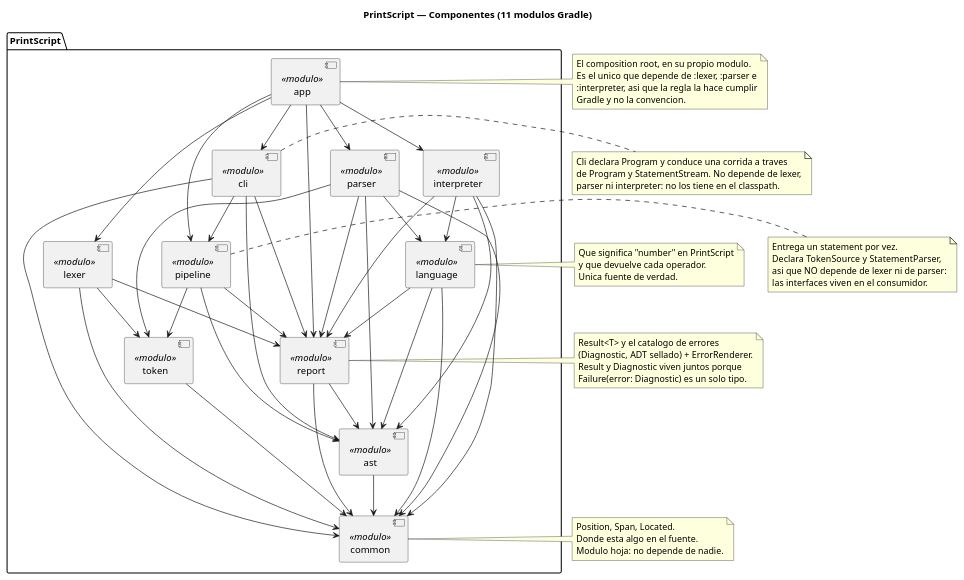
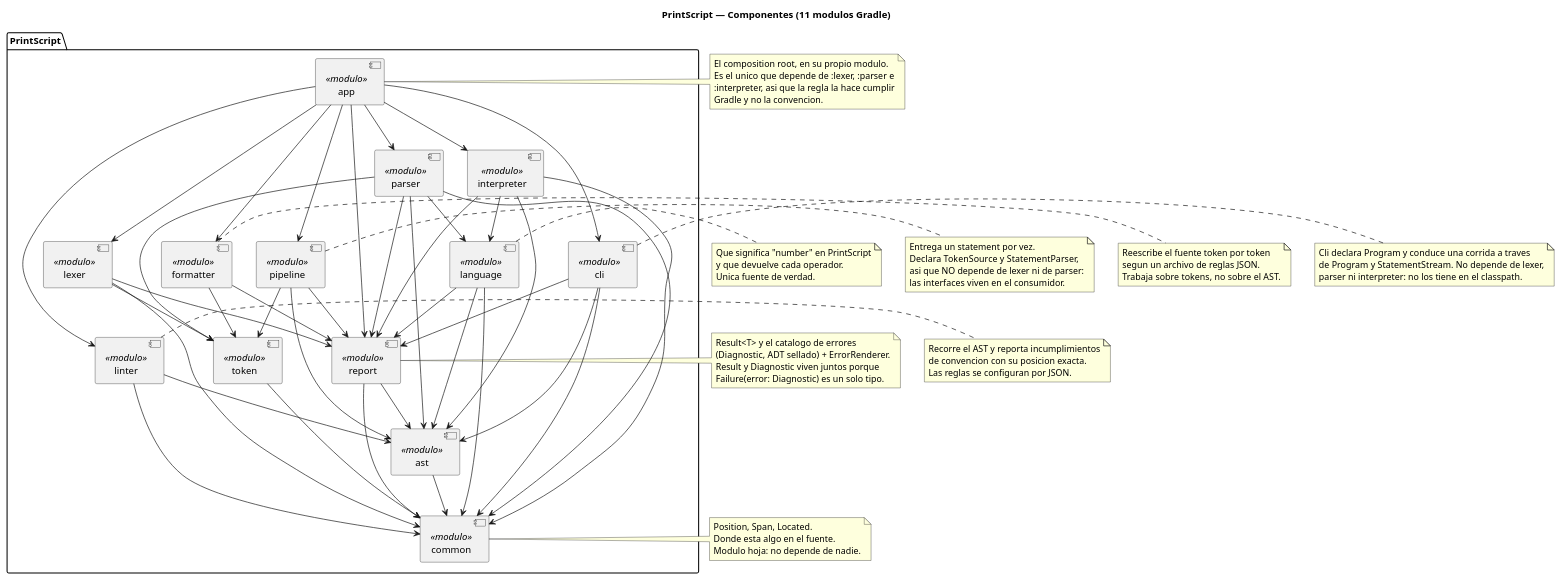
Before and after one commit to Ingsis-BRY/PrintScript: the first of 2 diagrams in docs/architecture-diagram.puml, drawn with PlantUML. The commit also changed other lines of this file and 58 other files, not shown here.

```diff
--- a/docs/architecture-diagram.puml
+++ b/docs/architecture-diagram.puml
@@ -7,99 +7,120 @@
 @startuml componentes
 title PrintScript — Componentes (11 modulos Gradle)
 
 package "PrintScript" {
     [common]      <<modulo>>
     [token]       <<modulo>>
     [ast]         <<modulo>>
     [report]      <<modulo>>
     [language]    <<modulo>>
     [lexer]       <<modulo>>
     [parser]      <<modulo>>
     [interpreter] <<modulo>>
     [pipeline]    <<modulo>>
+    [formatter]   <<modulo>>
+    [linter]      <<modulo>>
     [cli]         <<modulo>>
     [app]         <<modulo>>
 }
 
 note right of [common]
   Position, Span, Located.
   Donde esta algo en el fuente.
   Modulo hoja: no depende de nadie.
 end note
 
 note right of [report]
   Result<T> y el catalogo de errores
   (Diagnostic, ADT sellado) + ErrorRenderer.
   Result y Diagnostic viven juntos porque
   Failure(error: Diagnostic) es un solo tipo.
 end note
 
 note right of [language]
   Que significa "number" en PrintScript
   y que devuelve cada operador.
   Unica fuente de verdad.
 end note
 
 note right of [pipeline]
   Entrega un statement por vez.
   Declara TokenSource y StatementParser,
   asi que NO depende de lexer ni de parser:
   las interfaces viven en el consumidor.
+end note
+
+note right of [formatter]
+  Reescribe el fuente token por token
+  segun un archivo de reglas JSON.
+  Trabaja sobre tokens, no sobre el AST.
+end note
+
+note right of [linter]
+  Recorre el AST y reporta incumplimientos
+  de convencion con su posicion exacta.
+  Las reglas se configuran por JSON.
 end note
 
 note right of [cli]
   Cli declara Program y conduce una corrida a traves
   de Program y StatementStream. No depende de lexer,
   parser ni interpreter: no los tiene en el classpath.
 end note
 
 note right of [app]
   El composition root, en su propio modulo.
   Es el unico que depende de :lexer, :parser e
   :interpreter, asi que la regla la hace cumplir
   Gradle y no la convencion.
 end note
 
 [token]       --> [common]
 [ast]         --> [common]
 
 [report]      --> [common]
 [report]      --> [ast]
 
 [language]    --> [common]
 [language]    --> [ast]
 [language]    --> [report]
 
 [lexer]       --> [common]
 [lexer]       --> [token]
 [lexer]       --> [report]
 
 [parser]      --> [common]
 [parser]      --> [token]
 [parser]      --> [ast]
 [parser]      --> [language]
 [parser]      --> [report]
 
 [interpreter] --> [common]
 [interpreter] --> [ast]
 [interpreter] --> [language]
 [interpreter] --> [report]
 
 [pipeline]    --> [token]
 [pipeline]    --> [ast]
 [pipeline]    --> [report]
 
+[formatter]   --> [token]
+[formatter]   --> [report]
+
+[linter]      --> [common]
+[linter]      --> [ast]
+
 [cli]         --> [common]
 [cli]         --> [ast]
-[cli]         --> [pipeline]
 [cli]         --> [report]
 
 ' el unico modulo que nombra implementaciones concretas
 [app]         --> [cli]
 [app]         --> [pipeline]
 [app]         --> [report]
 [app]         --> [lexer]
 [app]         --> [parser]
 [app]         --> [interpreter]
+[app]         --> [formatter]
+[app]         --> [linter]
 
 @enduml
```
